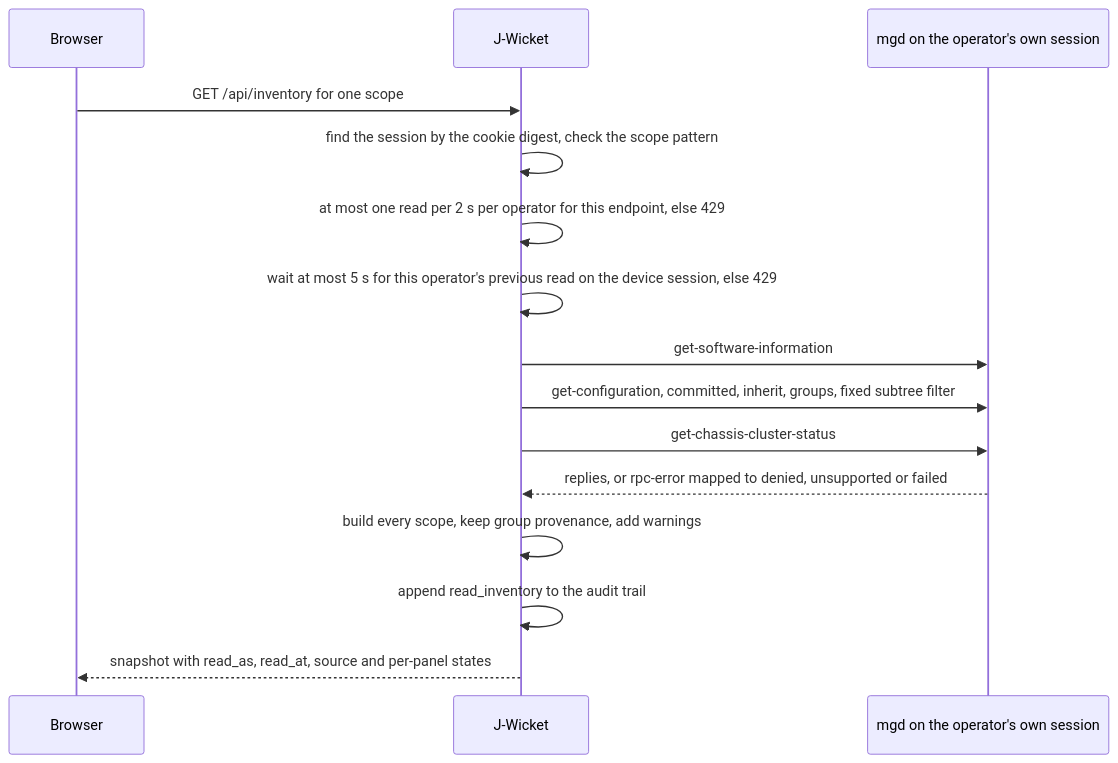
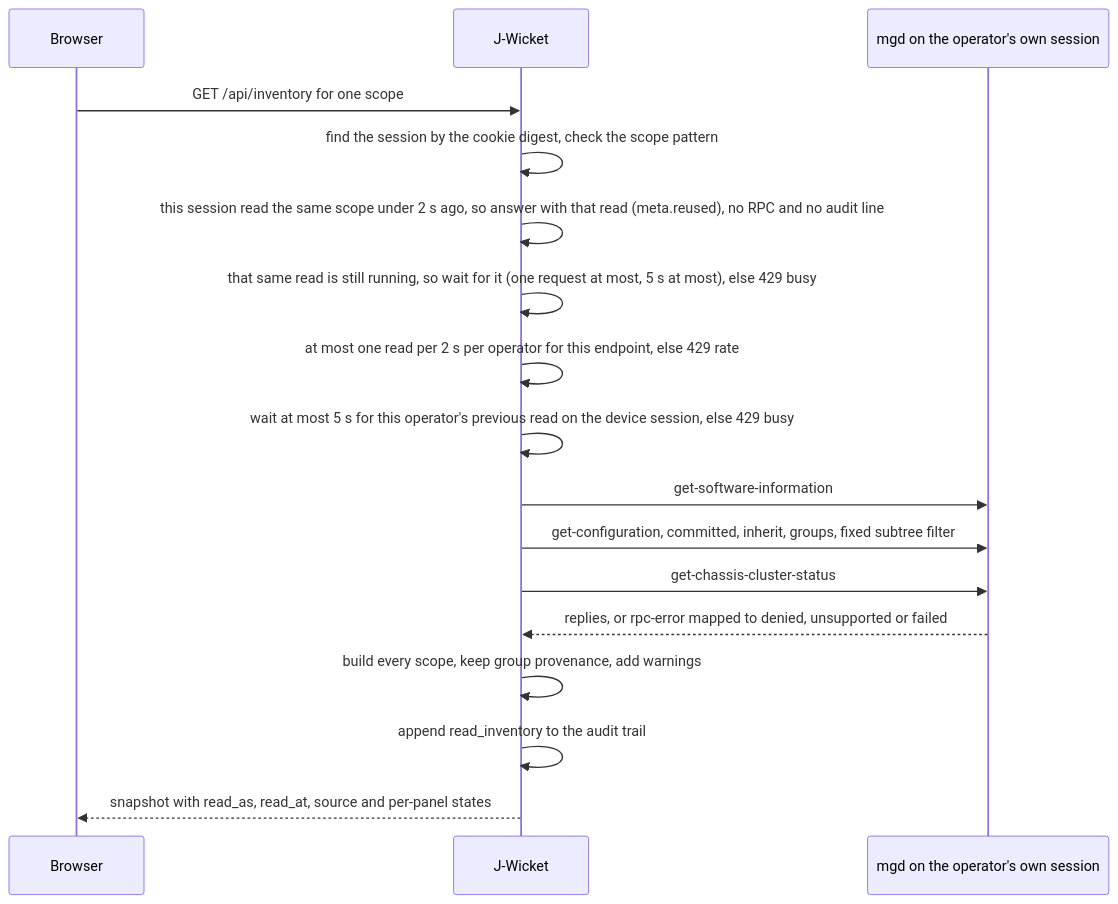
The fourth of 7 diagrams in docs/architecture.md (robertsonc/jwicket), drawn with Mermaid before and after one commit. The commit also changed other lines of this file and 4 other files, not shown here.

````diff
--- a/docs/architecture.md
+++ b/docs/architecture.md
@@ -279,17 +299,19 @@
 ```mermaid
 sequenceDiagram
   participant B as Browser
   participant W as J-Wicket
   participant M as mgd on the operator's own session
   B->>W: GET /api/inventory for one scope
   W->>W: find the session by the cookie digest, check the scope pattern
-  W->>W: at most one read per 2 s per operator for this endpoint, else 429
-  W->>W: wait at most 5 s for this operator's previous read on the device session, else 429
+  W->>W: this session read the same scope under 2 s ago, so answer with that read (meta.reused), no RPC and no audit line
+  W->>W: that same read is still running, so wait for it (one request at most, 5 s at most), else 429 busy
+  W->>W: at most one read per 2 s per operator for this endpoint, else 429 rate
+  W->>W: wait at most 5 s for this operator's previous read on the device session, else 429 busy
   W->>M: get-software-information
   W->>M: get-configuration, committed, inherit, groups, fixed subtree filter
   W->>M: get-chassis-cluster-status
   M-->>W: replies, or rpc-error mapped to denied, unsupported or failed
   W->>W: build every scope, keep group provenance, add warnings
   W->>W: append read_inventory to the audit trail
   W-->>B: snapshot with read_as, read_at, source and per-panel states
 ```
````
